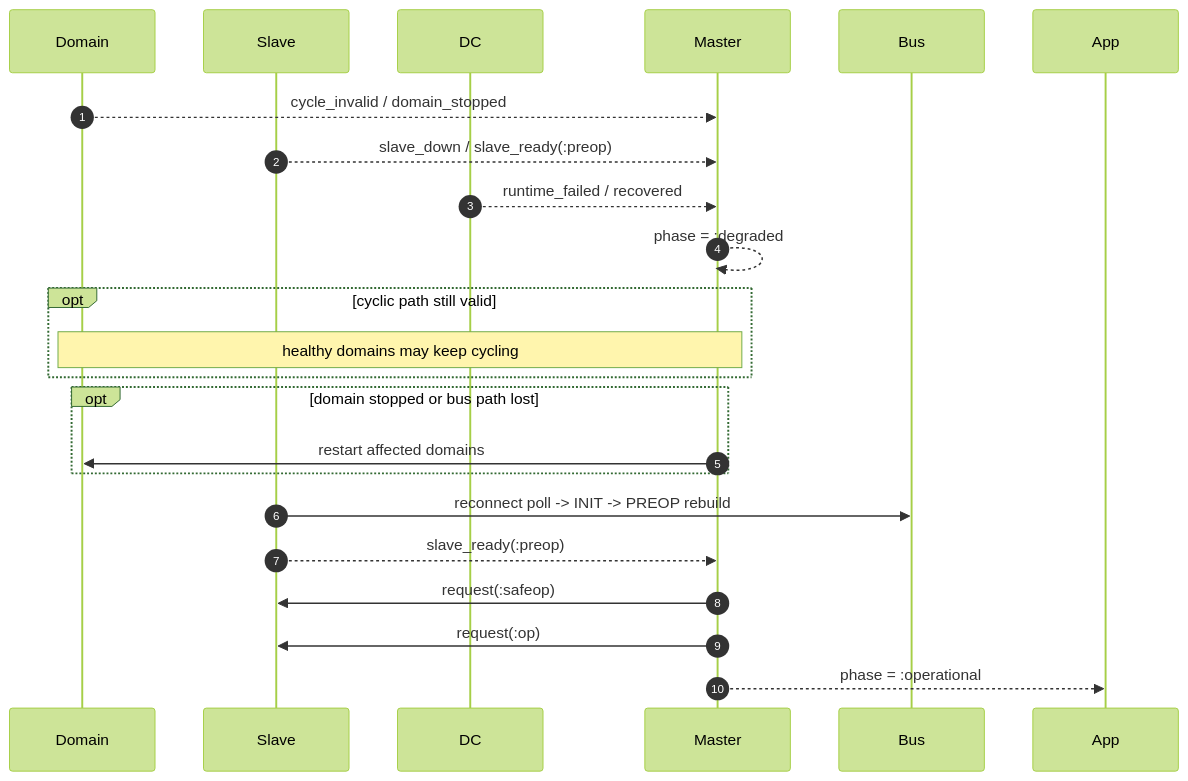
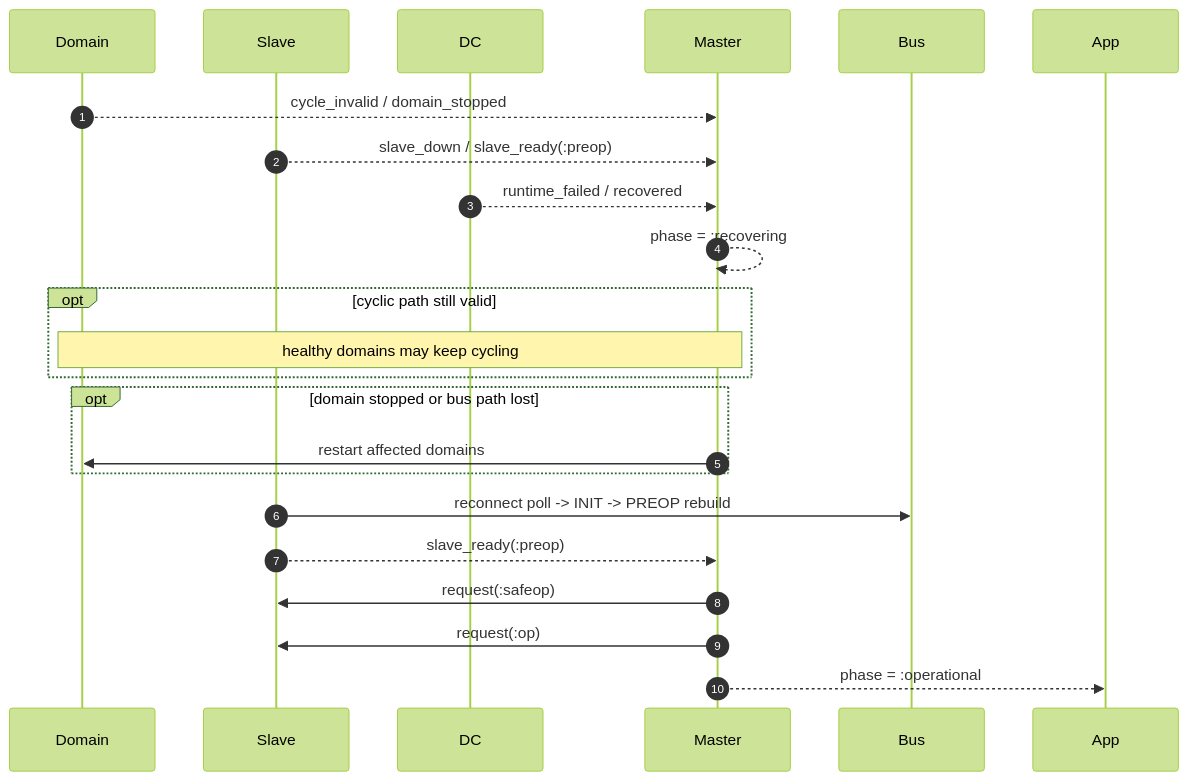
The third of 3 diagrams in README.md (sid2baker/ethercat), drawn with Mermaid (forest theme) before and after one commit. The commit also changed other lines of this file and 4 other files, not shown here.

First line of the commit message:
feat(master): expose recovering as a public phase

````diff
--- a/README.md
+++ b/README.md
@@ -189,25 +190,25 @@
 ```mermaid
 sequenceDiagram
     autonumber
     participant Domain
     participant Slave
     participant DC
     participant Master
     participant Bus
 
     Domain-->>Master: cycle_invalid / domain_stopped
     Slave-->>Master: slave_down / slave_ready(:preop)
     DC-->>Master: runtime_failed / recovered
-    Master-->>Master: phase = :degraded
+    Master-->>Master: phase = :recovering
     opt cyclic path still valid
         Note over Domain,Master: healthy domains may keep cycling
     end
     opt domain stopped or bus path lost
         Master->>Domain: restart affected domains
     end
     Slave->>Bus: reconnect poll -> INIT -> PREOP rebuild
     Slave-->>Master: slave_ready(:preop)
     Master->>Slave: request(:safeop)
     Master->>Slave: request(:op)
     Master-->>App: phase = :operational
 ```
````
